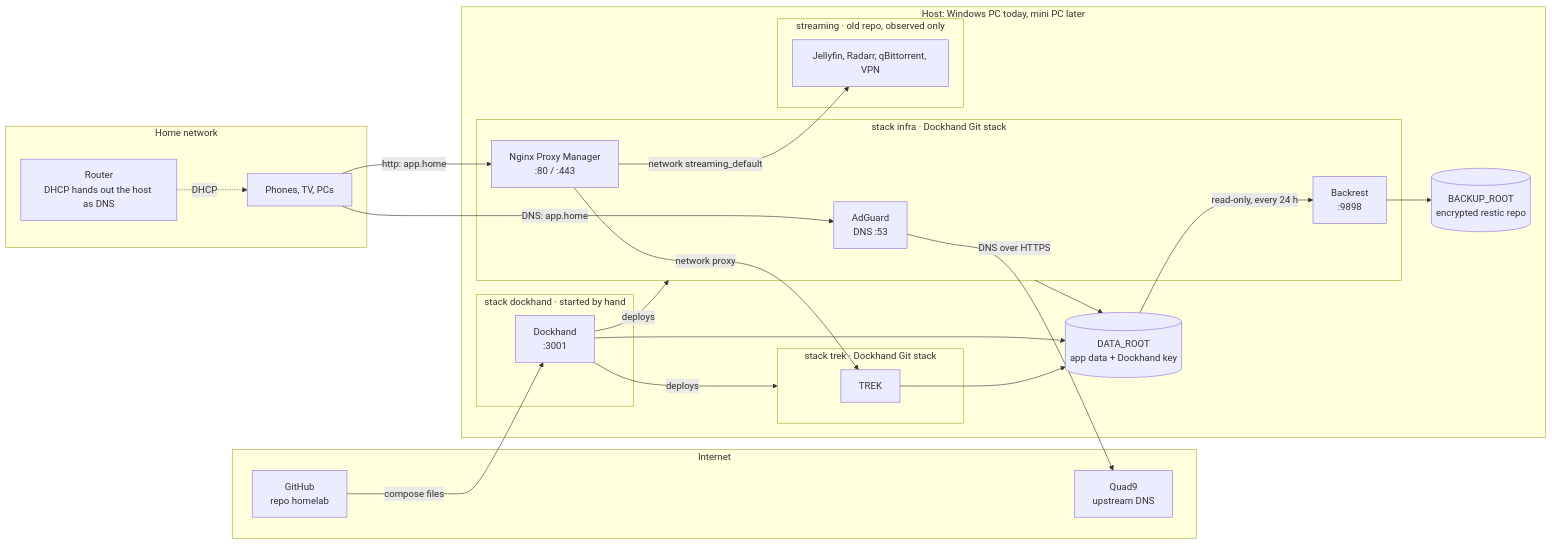
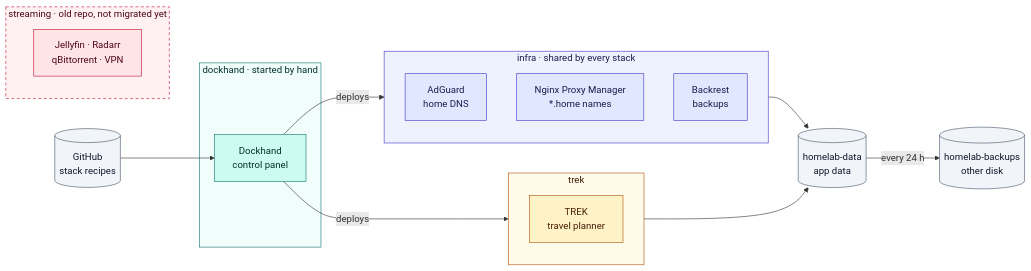
One commit to c4rl0s04/homelab changed the diagram in README.md. Above: the diagram before and after it, drawn with Mermaid. The commit also changed other lines of this file, not shown here.

Commit message:
docs: simplify README diagram with one color per stack

````diff
--- a/README.md
+++ b/README.md
@@ -7,46 +7,46 @@
 ```mermaid
 flowchart LR
-  subgraph internet["Internet"]
-    github["GitHub<br/>repo homelab"]
-    quad9["Quad9<br/>upstream DNS"]
+  git[("GitHub<br/>stack recipes")]
+
+  subgraph DOCKHAND["dockhand · started by hand"]
+    dockhand["Dockhand<br/>control panel"]
   end
 
-  subgraph home["Home network"]
-    router["Router<br/>DHCP hands out the host as DNS"]
-    devices["Phones, TV, PCs"]
+  subgraph INFRA["infra · shared by every stack"]
+    adguard["AdGuard<br/>home DNS"]
+    npm["Nginx Proxy Manager<br/>*.home names"]
+    backrest["Backrest<br/>backups"]
   end
 
-  subgraph host["Host: Windows PC today, mini PC later"]
-    subgraph s_dockhand["stack dockhand · started by hand"]
-      dockhand["Dockhand<br/>:3001"]
-    end
-    subgraph s_infra["stack infra · Dockhand Git stack"]
-      adguard["AdGuard<br/>DNS :53"]
-      npm["Nginx Proxy Manager<br/>:80 / :443"]
-      backrest["Backrest<br/>:9898"]
-    end
-    subgraph s_trek["stack trek · Dockhand Git stack"]
-      trek["TREK"]
-    end
-    subgraph s_media["streaming · old repo, observed only"]
-      media["Jellyfin, Radarr, qBittorrent, VPN"]
-    end
-    data[("DATA_ROOT<br/>app data + Dockhand key")]
-    backups[("BACKUP_ROOT<br/>encrypted restic repo")]
+  subgraph TREK["trek"]
+    trek["TREK<br/>travel planner"]
   end
 
-  router -. DHCP .-> devices
-  devices -- "DNS: app.home" --> adguard
-  adguard -- "DNS over HTTPS" --> quad9
-  devices -- "http: app.home" --> npm
-  npm -- "network proxy" --> trek
-  npm -- "network streaming_default" --> media
-  github -- "compose files" --> dockhand
-  dockhand -- deploys --> s_infra
-  dockhand -- deploys --> s_trek
-  dockhand --> data
-  s_infra --> data
-  trek --> data
-  data -- "read-only, every 24 h" --> backrest
-  backrest --> backups
+  subgraph MEDIA["streaming · old repo, not migrated yet"]
+    media["Jellyfin · Radarr<br/>qBittorrent · VPN"]
+  end
+
+  data[("homelab-data<br/>app data")]
+  backups[("homelab-backups<br/>other disk")]
+
+  git --> dockhand
+  dockhand -- deploys --> INFRA
+  dockhand -- deploys --> TREK
+  INFRA & TREK --> data
+  data -- every 24 h --> backups
+
+  classDef manager fill:#ccfbf1,stroke:#0f766e,color:#042f2e
+  classDef infra fill:#e0e7ff,stroke:#4338ca,color:#1e1b4b
+  classDef trek fill:#fef3c7,stroke:#b45309,color:#451a03
+  classDef media fill:#ffe4e6,stroke:#be123c,color:#4c0519
+  classDef storage fill:#f1f5f9,stroke:#475569,color:#0f172a
+  class dockhand manager
+  class adguard,npm,backrest infra
+  class trek trek
+  class media media
+  class git,data,backups storage
+  style DOCKHAND fill:#f0fdfa,stroke:#0f766e,color:#042f2e
+  style INFRA fill:#eef2ff,stroke:#4338ca,color:#1e1b4b
+  style TREK fill:#fffbeb,stroke:#b45309,color:#451a03
+  style MEDIA fill:#fff1f2,stroke:#be123c,color:#4c0519,stroke-dasharray: 5 4
 ```
````
